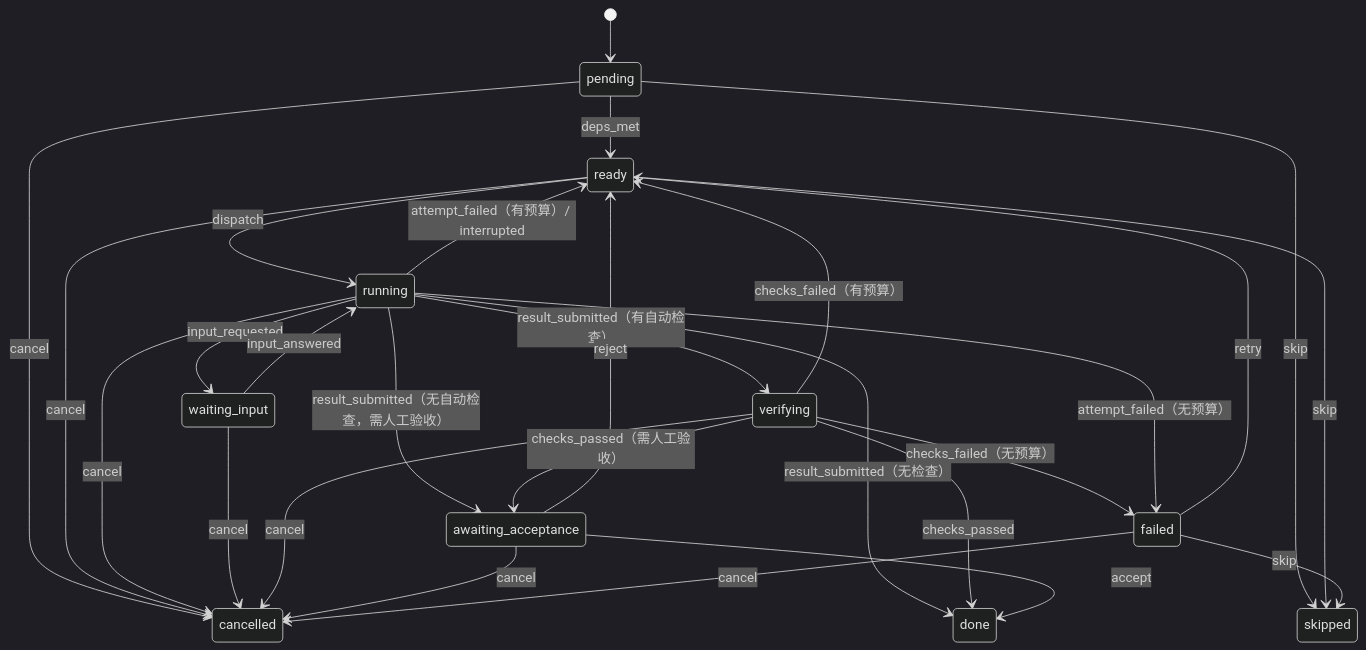
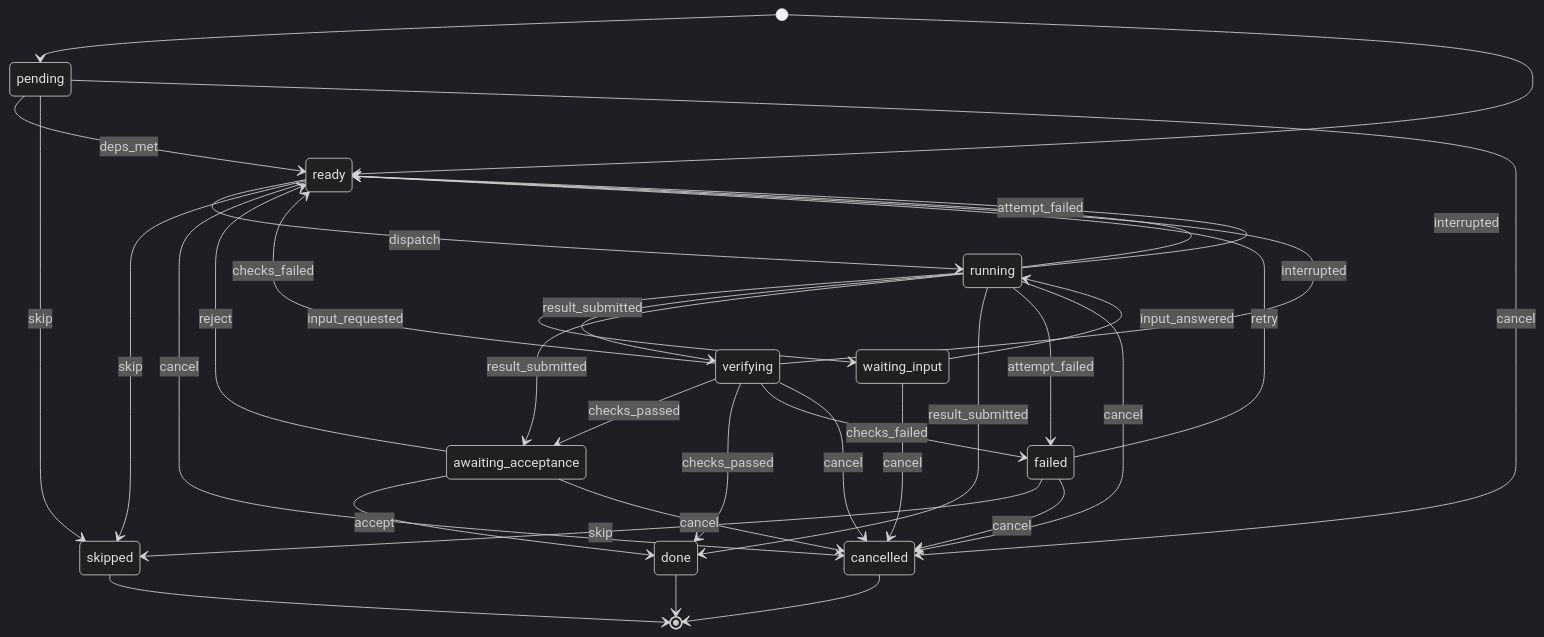
The second of 8 diagrams in docs/09-state-machines.md (wangyufengsky/agent-workflow), drawn with Mermaid (dark theme) before and after one commit. The commit also changed other lines of this file and 16 other files, not shown here.

````diff
--- a/docs/09-state-machines.md
+++ b/docs/09-state-machines.md
@@ -82,30 +102,36 @@
 ```mermaid
 stateDiagram-v2
   [*] --> pending
+  [*] --> ready
   pending --> ready: deps_met
+  pending --> skipped: skip
+  pending --> cancelled: cancel
   ready --> running: dispatch
+  ready --> skipped: skip
+  ready --> cancelled: cancel
   running --> waiting_input: input_requested
+  running --> verifying: result_submitted
+  running --> awaiting_acceptance: result_submitted
+  running --> done: result_submitted
+  running --> ready: attempt_failed
+  running --> failed: attempt_failed
+  running --> ready: interrupted
+  running --> cancelled: cancel
   waiting_input --> running: input_answered
-  running --> verifying: result_submitted（有自动检查）
-  running --> awaiting_acceptance: result_submitted（无自动检查，需人工验收）
-  running --> done: result_submitted（无检查）
-  verifying --> awaiting_acceptance: checks_passed（需人工验收）
+  waiting_input --> cancelled: cancel
+  verifying --> awaiting_acceptance: checks_passed
   verifying --> done: checks_passed
-  verifying --> ready: checks_failed（有预算）
-  verifying --> failed: checks_failed（无预算）
-  running --> ready: attempt_failed（有预算）/ interrupted
-  running --> failed: attempt_failed（无预算）
+  verifying --> ready: checks_failed
+  verifying --> failed: checks_failed
+  verifying --> ready: interrupted
+  verifying --> cancelled: cancel
   awaiting_acceptance --> done: accept
   awaiting_acceptance --> ready: reject
+  awaiting_acceptance --> cancelled: cancel
   failed --> ready: retry
-  pending --> skipped: skip
-  ready --> skipped: skip
   failed --> skipped: skip
-  pending --> cancelled: cancel
-  ready --> cancelled: cancel
-  running --> cancelled: cancel
-  waiting_input --> cancelled: cancel
-  verifying --> cancelled: cancel
-  awaiting_acceptance --> cancelled: cancel
   failed --> cancelled: cancel
+  done --> [*]
+  skipped --> [*]
+  cancelled --> [*]
 ```
````
